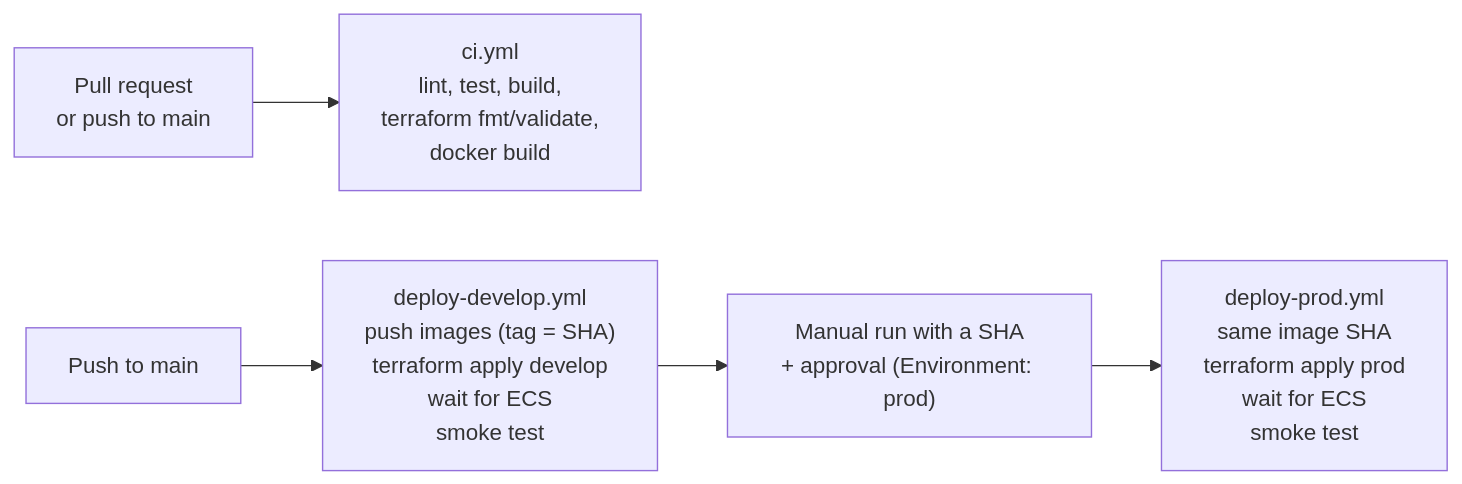
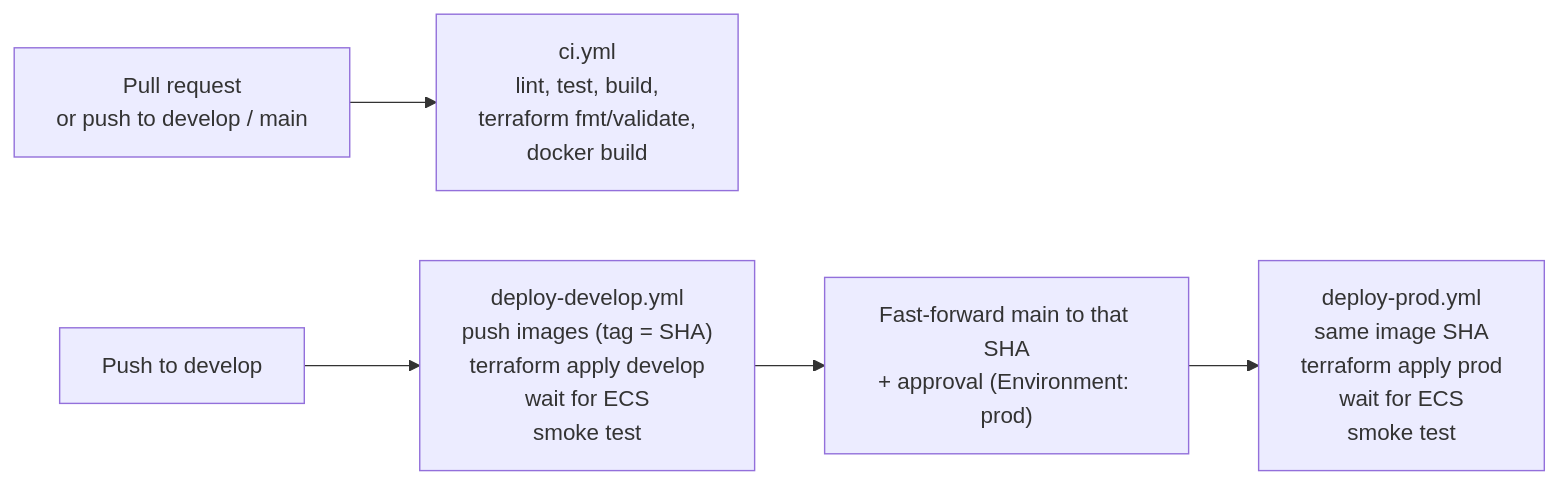
Before and after one commit to pjh4993/insurance-onboarding-assistant: the diagram in docs/infra/04-cicd.md, drawn with Mermaid. The commit also changed other lines of this file and 7 other files, not shown here.

First line of the commit message:
ci: deploy develop from a develop branch and promote main to prod

````diff
--- a/docs/infra/04-cicd.md
+++ b/docs/infra/04-cicd.md
@@ -8,7 +11,7 @@
 ```mermaid
 flowchart LR
-    pr["Pull request<br/>or push to main"] --> checks["ci.yml<br/>lint, test, build,<br/>terraform fmt/validate,<br/>docker build"]
-    push["Push to main"] --> dd["deploy-develop.yml<br/>push images (tag = SHA)<br/>terraform apply develop<br/>wait for ECS<br/>smoke test"]
-    dd --> promote["Manual run with a SHA<br/>+ approval (Environment: prod)"]
+    pr["Pull request<br/>or push to develop / main"] --> checks["ci.yml<br/>lint, test, build,<br/>terraform fmt/validate,<br/>docker build"]
+    push["Push to develop"] --> dd["deploy-develop.yml<br/>push images (tag = SHA)<br/>terraform apply develop<br/>wait for ECS<br/>smoke test"]
+    dd --> promote["Fast-forward main to that SHA<br/>+ approval (Environment: prod)"]
     promote --> dp["deploy-prod.yml<br/>same image SHA<br/>terraform apply prod<br/>wait for ECS<br/>smoke test"]
 ```
````
